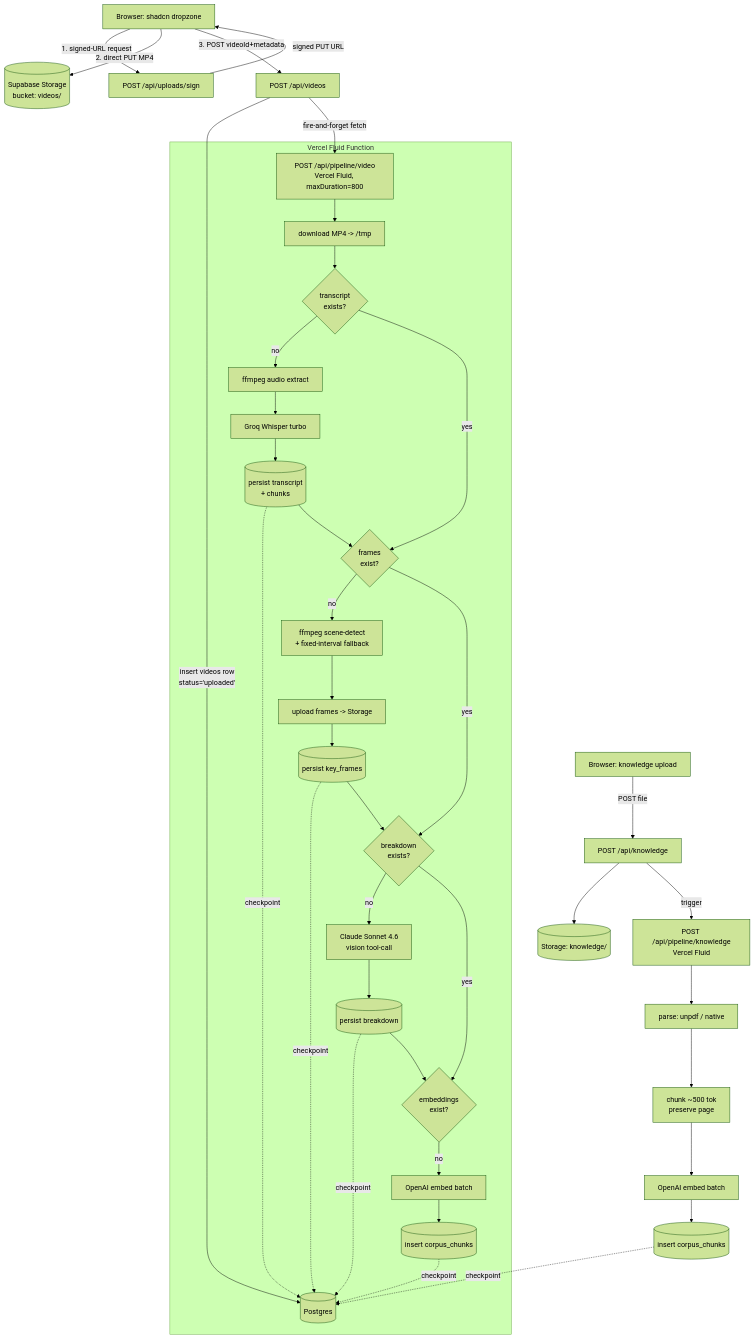
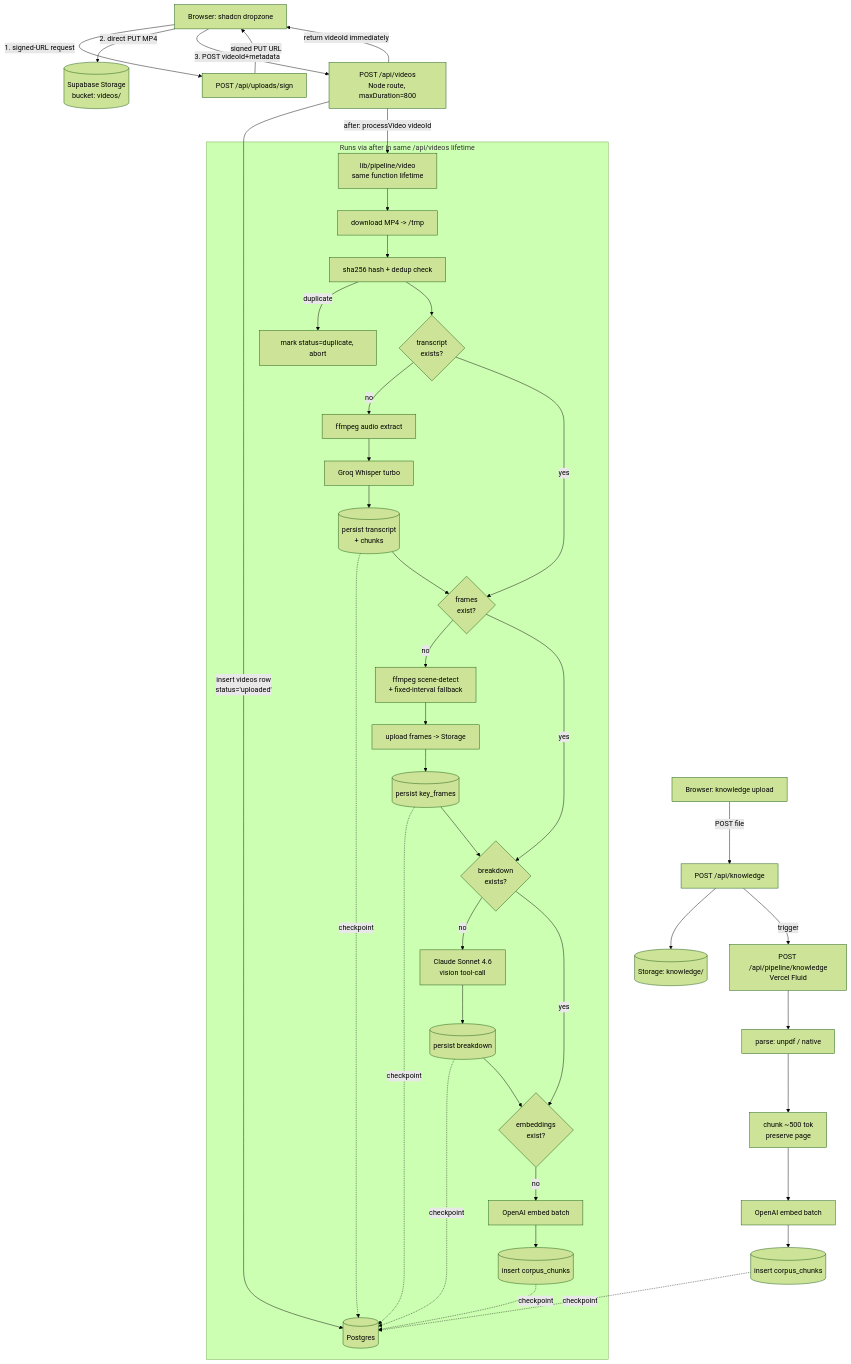
The diagram in PLAN.md (kikcam-cmd/skincare-scripter), drawn with Mermaid (forest theme) before and after one commit. The commit also changed other lines of this file, not shown here.

````diff
--- a/PLAN.md
+++ b/PLAN.md
@@ -11,43 +11,46 @@
 ```mermaid
 flowchart TD
     A[Browser: shadcn dropzone] -->|1. signed-URL request| B[POST /api/uploads/sign]
     B -->|signed PUT URL| A
     A -->|2. direct PUT MP4| S[(Supabase Storage<br/>bucket: videos/)]
-    A -->|3. POST videoId+metadata| C[POST /api/videos]
+    A -->|3. POST videoId+metadata| C[POST /api/videos<br/>Node route, maxDuration=800]
     C -->|insert videos row<br/>status='uploaded'| DB[(Postgres)]
-    C -->|fire-and-forget fetch| P[POST /api/pipeline/video<br/>Vercel Fluid, maxDuration=800]
+    C -->|return videoId immediately| A
+    C -->|after: processVideo videoId| P[lib/pipeline/video<br/>same function lifetime]
 
-    subgraph Pipeline [Vercel Fluid Function]
+    subgraph Pipeline [Runs via after in same /api/videos lifetime]
         P --> P1[download MP4 -> /tmp]
-        P1 --> P2{transcript<br/>exists?}
+        P1 --> P0[sha256 hash + dedup check]
+        P0 -->|duplicate| PD[mark status=duplicate, abort]
+        P0 --> P2{transcript<br/>exists?}
         P2 -- no --> P3[ffmpeg audio extract]
         P3 --> P4[Groq Whisper turbo]
         P4 --> P5[(persist transcript<br/>+ chunks)]
         P5 -.checkpoint.-> DB
         P2 -- yes --> P6
         P5 --> P6{frames<br/>exist?}
         P6 -- no --> P7[ffmpeg scene-detect<br/>+ fixed-interval fallback]
         P7 --> P8[upload frames -> Storage]
         P8 --> P9[(persist key_frames)]
         P9 -.checkpoint.-> DB
         P6 -- yes --> P10
         P9 --> P10{breakdown<br/>exists?}
         P10 -- no --> P11[Claude Sonnet 4.6<br/>vision tool-call]
         P11 --> P12[(persist breakdown)]
         P12 -.checkpoint.-> DB
         P10 -- yes --> P13
         P12 --> P13{embeddings<br/>exist?}
         P13 -- no --> P14[OpenAI embed batch]
         P14 --> P15[(insert corpus_chunks)]
         P15 -.checkpoint.-> DB
     end
 
     K[Browser: knowledge upload] -->|POST file| KA[POST /api/knowledge]
     KA --> KS[(Storage: knowledge/)]
     KA -->|trigger| KP[POST /api/pipeline/knowledge<br/>Vercel Fluid]
     KP --> KP1[parse: unpdf / native]
     KP1 --> KP2[chunk ~500 tok<br/>preserve page]
     KP2 --> KP3[OpenAI embed batch]
     KP3 --> KP4[(insert corpus_chunks)]
     KP4 -.checkpoint.-> DB
 ```
````
